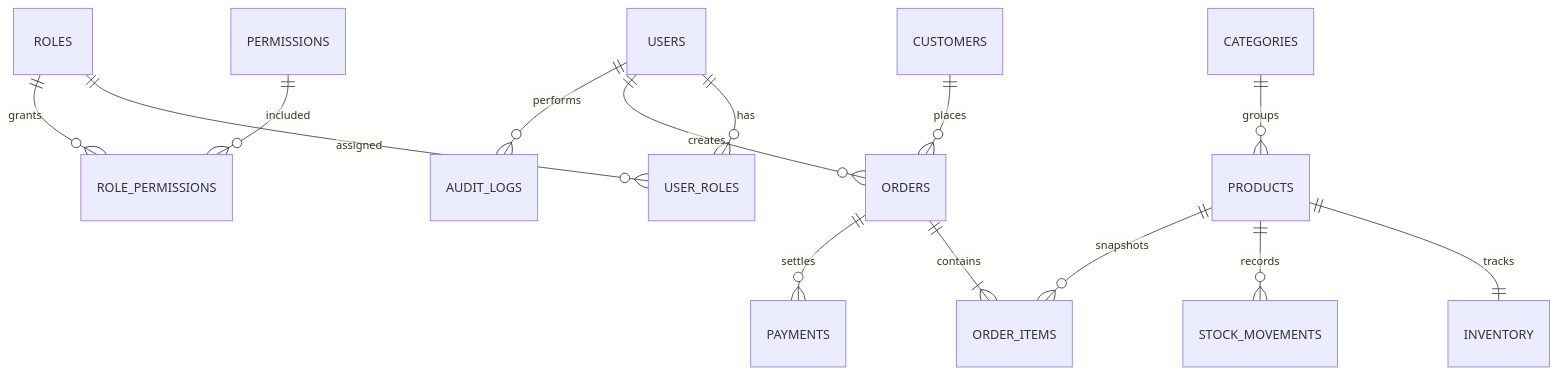
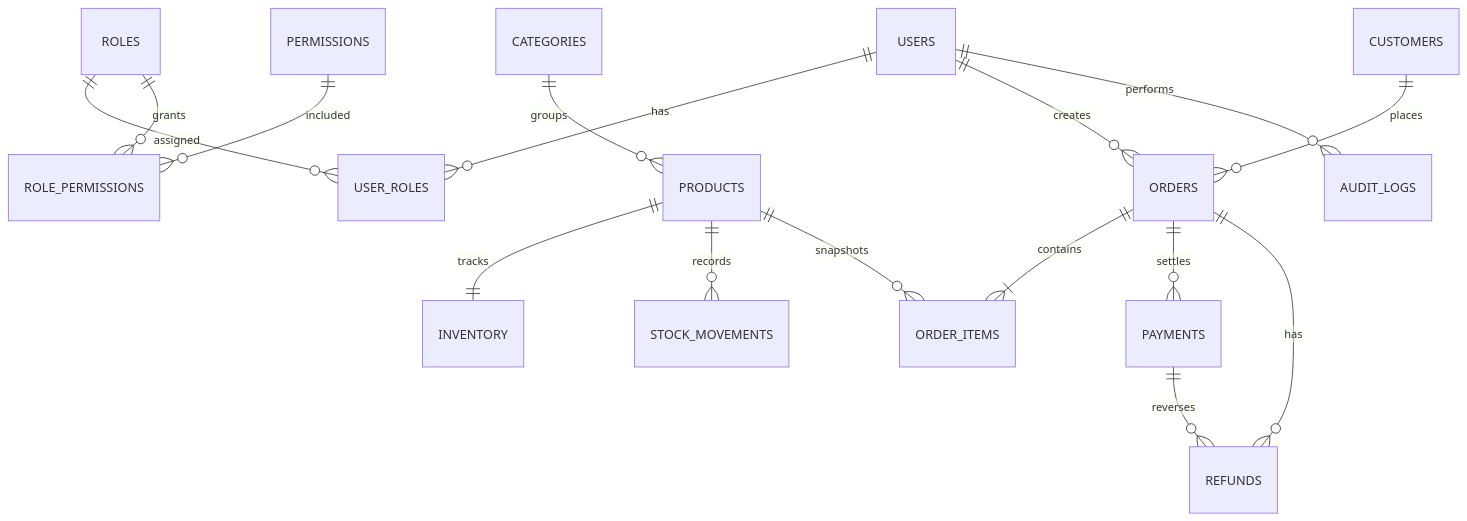
The diagram in docs/erd.md (luqmanulhakimdev/pos-system), drawn with Mermaid before and after one commit. The commit also changed other lines of this file and 16 other files, not shown here.

````diff
--- a/docs/erd.md
+++ b/docs/erd.md
@@ -5,16 +5,18 @@
 ```mermaid
 erDiagram
   USERS ||--o{ USER_ROLES : has
   ROLES ||--o{ USER_ROLES : assigned
   ROLES ||--o{ ROLE_PERMISSIONS : grants
   PERMISSIONS ||--o{ ROLE_PERMISSIONS : included
   CATEGORIES ||--o{ PRODUCTS : groups
   PRODUCTS ||--|| INVENTORY : tracks
   PRODUCTS ||--o{ STOCK_MOVEMENTS : records
   CUSTOMERS ||--o{ ORDERS : places
   USERS ||--o{ ORDERS : creates
   ORDERS ||--|{ ORDER_ITEMS : contains
   PRODUCTS ||--o{ ORDER_ITEMS : snapshots
   ORDERS ||--o{ PAYMENTS : settles
+  ORDERS ||--o{ REFUNDS : has
+  PAYMENTS ||--o{ REFUNDS : reverses
   USERS ||--o{ AUDIT_LOGS : performs
 ```
````
